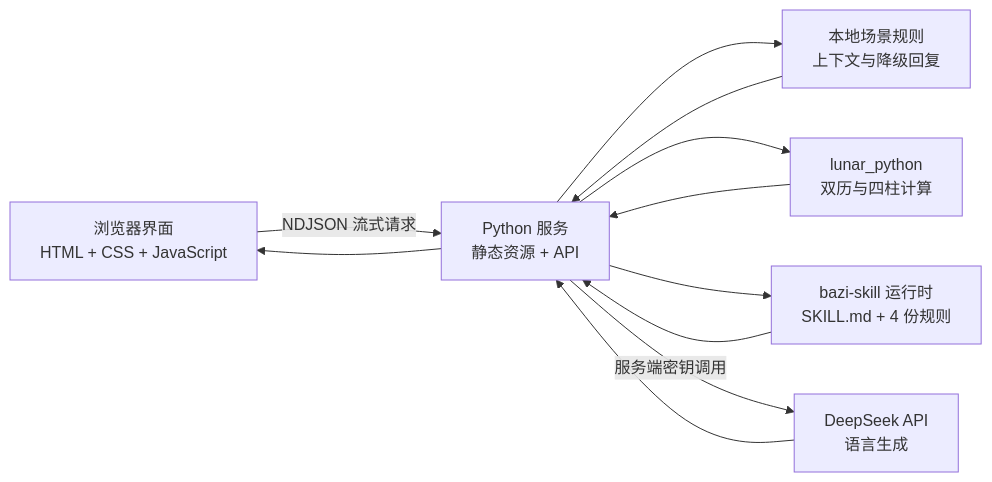
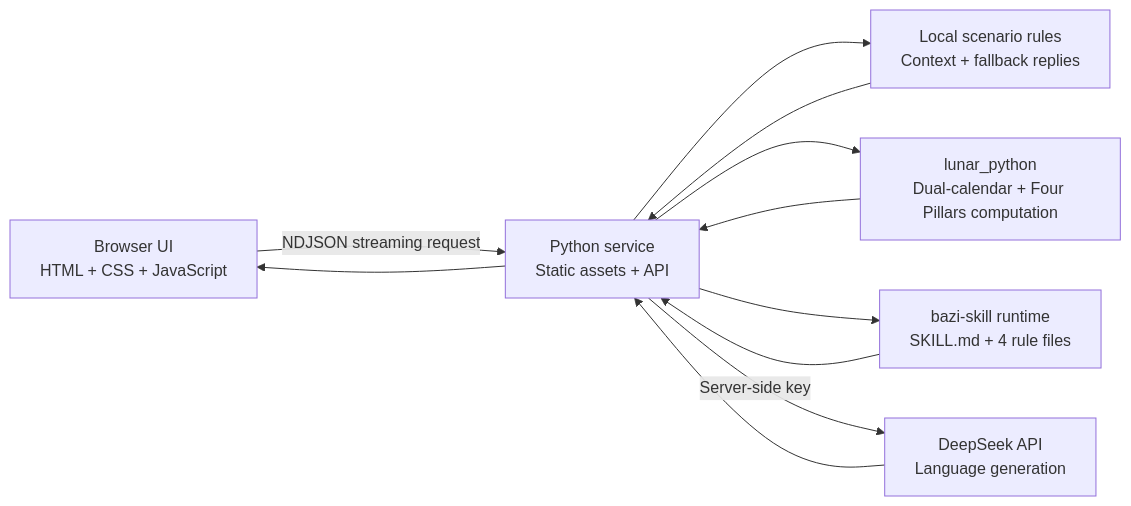
The diagram in README.md (HellowJasper/stf), drawn with Mermaid before and after one commit. The commit also changed other lines of this file, not shown here.

````diff
--- a/README.md
+++ b/README.md
@@ -61,20 +65,20 @@
 ```mermaid
 flowchart LR
-    Browser[浏览器界面\nHTML + CSS + JavaScript]
-    API[Python 服务\n静态资源 + API]
-    Rules[本地场景规则\n上下文与降级回复]
-    Bazi[lunar_python\n双历与四柱计算]
-    Skill[bazi-skill 运行时\nSKILL.md + 4 份规则]
-    Model[DeepSeek API\n语言生成]
+    Browser[Browser UI\nHTML + CSS + JavaScript]
+    API[Python service\nStatic assets + API]
+    Rules[Local scenario rules\nContext + fallback replies]
+    Bazi[lunar_python\nDual-calendar + Four Pillars computation]
+    Skill[bazi-skill runtime\nSKILL.md + 4 rule files]
+    Model[DeepSeek API\nLanguage generation]
 
-    Browser -->|NDJSON 流式请求| API
+    Browser -->|NDJSON streaming request| API
     API --> Rules
     API --> Bazi
     API --> Skill
-    API -->|服务端密钥调用| Model
+    API -->|Server-side key| Model
     Rules --> API
     Bazi --> API
     Skill --> API
     Model --> API
     API --> Browser
 ```
````
